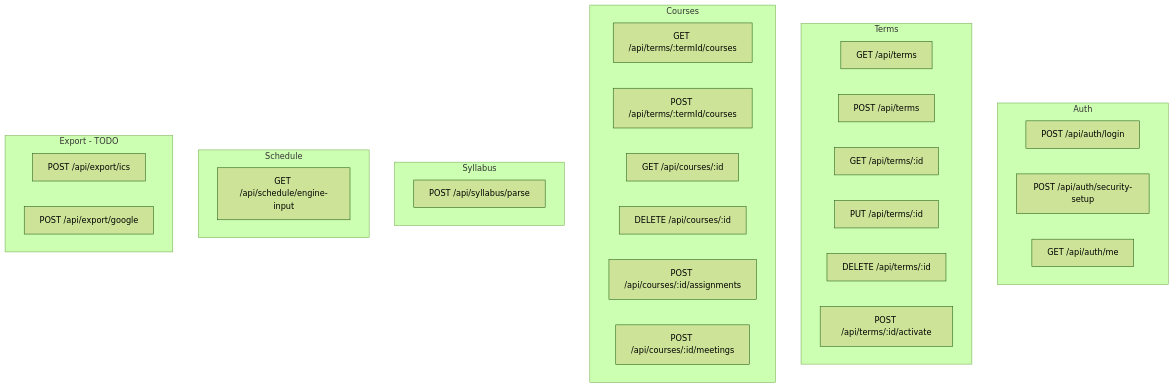
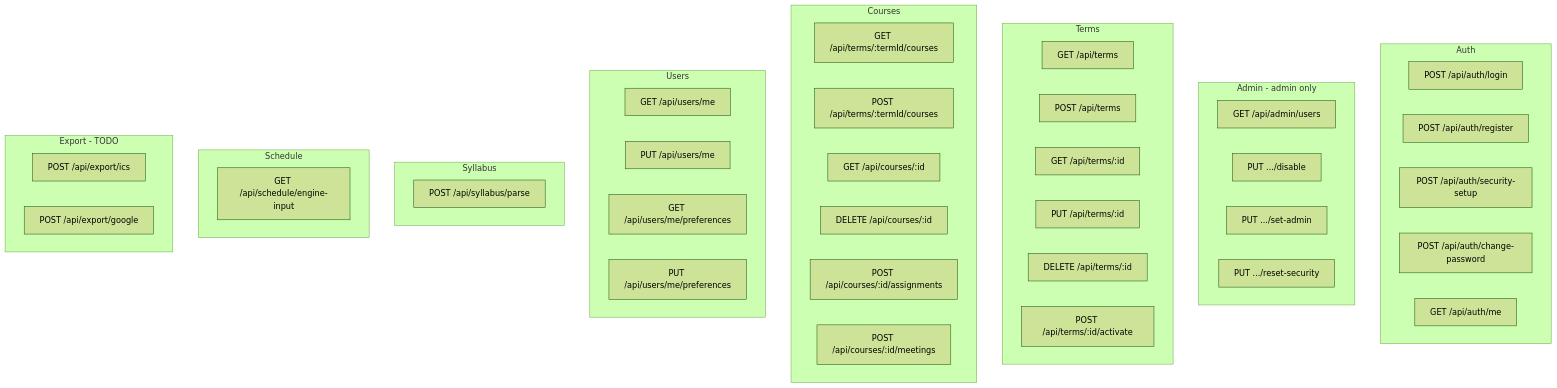
One commit to cs-keni/syllabify changed the fifth of 8 diagrams in docs/final-progress-report.md. Above: the diagram before and after it, drawn with Mermaid (forest theme). The commit also changed other lines of this file and 1 other file, not shown here.

````diff
--- a/docs/final-progress-report.md
+++ b/docs/final-progress-report.md
@@ -344,39 +355,55 @@
 ```mermaid
 flowchart TB
     subgraph Auth["Auth"]
         POST_login[POST /api/auth/login]
+        POST_register[POST /api/auth/register]
         POST_security[POST /api/auth/security-setup]
+        POST_change_pw[POST /api/auth/change-password]
         GET_me[GET /api/auth/me]
+    end
+
+    subgraph Admin["Admin - admin only"]
+        GET_admin_users[GET /api/admin/users]
+        PUT_disable[PUT .../disable]
+        PUT_set_admin[PUT .../set-admin]
+        PUT_reset_security[PUT .../reset-security]
     end
 
     subgraph Terms["Terms"]
         GET_terms[GET /api/terms]
         POST_term[POST /api/terms]
         GET_term[GET /api/terms/:id]
         PUT_term[PUT /api/terms/:id]
         DELETE_term[DELETE /api/terms/:id]
         POST_activate[POST /api/terms/:id/activate]
     end
 
     subgraph Courses["Courses"]
         GET_courses[GET /api/terms/:termId/courses]
         POST_course[POST /api/terms/:termId/courses]
         GET_course[GET /api/courses/:id]
         DELETE_course[DELETE /api/courses/:id]
         POST_assignments[POST /api/courses/:id/assignments]
         POST_meetings[POST /api/courses/:id/meetings]
     end
 
+    subgraph Users["Users"]
+        GET_profile[GET /api/users/me]
+        PUT_profile[PUT /api/users/me]
+        GET_prefs[GET /api/users/me/preferences]
+        PUT_prefs[PUT /api/users/me/preferences]
+    end
+
     subgraph Syllabus["Syllabus"]
         POST_parse[POST /api/syllabus/parse]
     end
 
     subgraph Schedule["Schedule"]
         GET_engine[GET /api/schedule/engine-input]
     end
 
     subgraph Export["Export - TODO"]
         POST_ics[POST /api/export/ics]
         POST_google[POST /api/export/google]
     end
 ```
````
